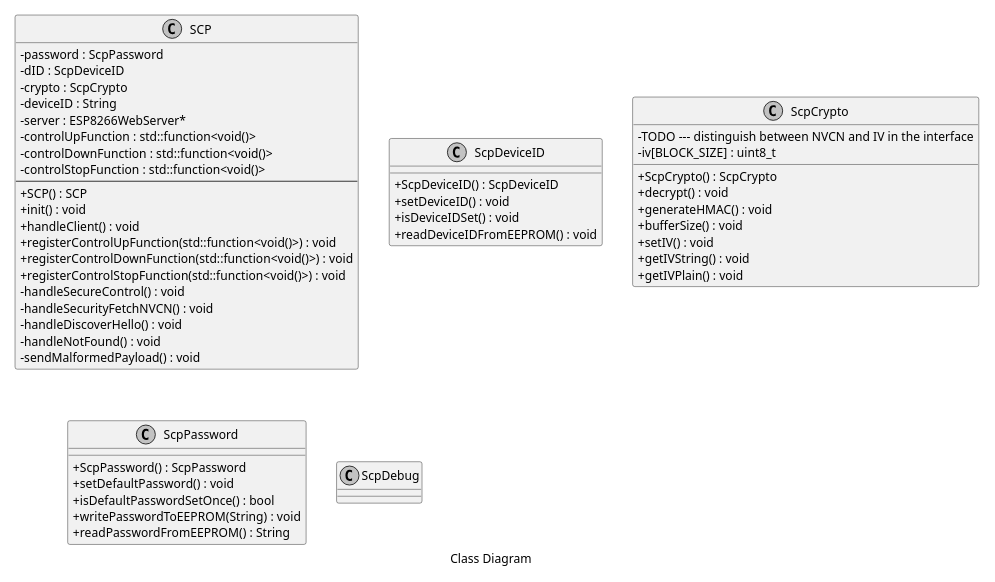
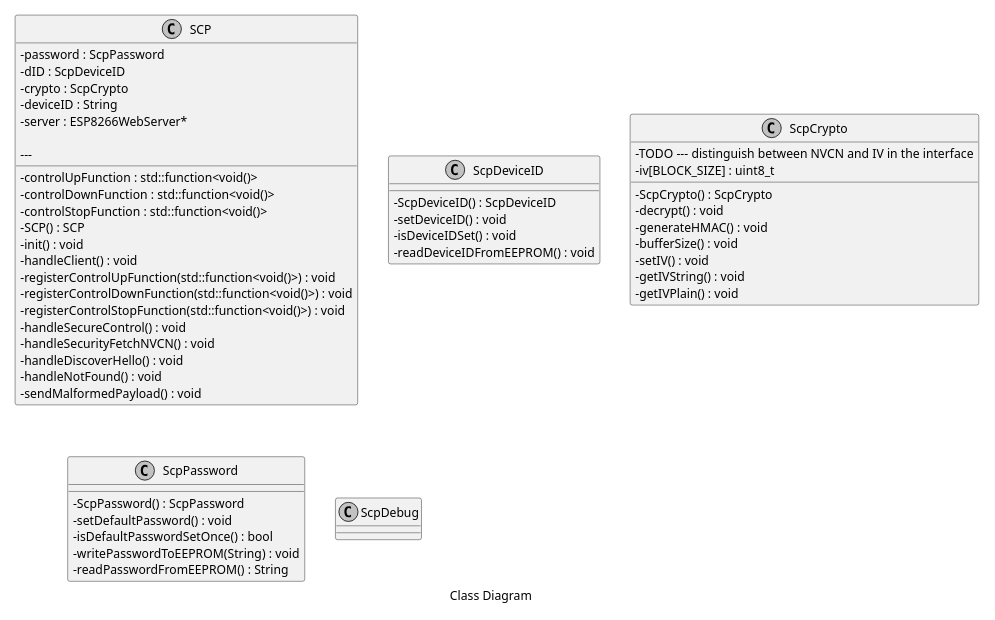
One commit to houseos/SCP changed the fifth of 5 diagrams in README.md. Above: the diagram before and after it, drawn with PlantUML. The commit also changed other lines of this file and 12 other files, not shown here.

````diff
--- a/README.md
+++ b/README.md
@@ -757,70 +815,79 @@
 ```puml
-
 
 @startuml
 
 caption Class Diagram
 
 skinparam monochrome true
 skinparam classAttributeIconSize 0
 
 scale max 650 width
 
 class SCP {
+
     - password : ScpPassword
     - dID : ScpDeviceID
     - crypto : ScpCrypto
     - deviceID : String
     - server : ESP8266WebServer*
     - controlUpFunction : std::function<void()>
     - controlDownFunction : std::function<void()>
     - controlStopFunction : std::function<void()>
+
     ---
-    + SCP() : SCP
-    + init() : void
-    + handleClient() : void
-    + registerControlUpFunction(std::function<void()>) : void
-    + registerControlDownFunction(std::function<void()>) : void
-    + registerControlStopFunction(std::function<void()>) : void
+
+    - SCP() : SCP
+    - init() : void
+    - handleClient() : void
+    - registerControlUpFunction(std::function<void()>) : void
+    - registerControlDownFunction(std::function<void()>) : void
+    - registerControlStopFunction(std::function<void()>) : void
     - handleSecureControl() : void
     - handleSecurityFetchNVCN() : void
     - handleDiscoverHello() : void
     - handleNotFound() : void
     - sendMalformedPayload() : void
+
 }
 
 class ScpDeviceID {
-    + ScpDeviceID() : ScpDeviceID
-    + setDeviceID() : void
-    + isDeviceIDSet() : void
-    + readDeviceIDFromEEPROM() : void
+
+    - ScpDeviceID() : ScpDeviceID
+    - setDeviceID() : void
+    - isDeviceIDSet() : void
+    - readDeviceIDFromEEPROM() : void
+
 }
 
 class ScpCrypto {
+
     - TODO --- distinguish between NVCN and IV in the interface
     - iv[BLOCK_SIZE] : uint8_t
+
     
-    + ScpCrypto() : ScpCrypto
-    + decrypt() : void
-    + generateHMAC() : void
-    + bufferSize() : void
-    + setIV() : void
-    + getIVString() : void
-    + getIVPlain() : void
+
+    - ScpCrypto() : ScpCrypto
+    - decrypt() : void
+    - generateHMAC() : void
+    - bufferSize() : void
+    - setIV() : void
+    - getIVString() : void
+    - getIVPlain() : void
 
 }
 
 class ScpPassword {
-    + ScpPassword() : ScpPassword
-    + setDefaultPassword() : void
-    + isDefaultPasswordSetOnce() : bool
-    + writePasswordToEEPROM(String) : void
-    + readPasswordFromEEPROM() : String
+
+    - ScpPassword() : ScpPassword
+    - setDefaultPassword() : void
+    - isDefaultPasswordSetOnce() : bool
+    - writePasswordToEEPROM(String) : void
+    - readPasswordFromEEPROM() : String
 
 }
 
 class ScpDebug {
 }
 
 @enduml
 ```
````
